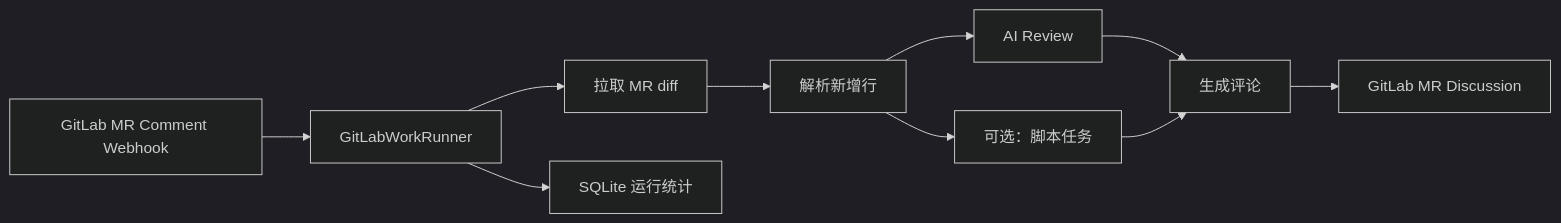
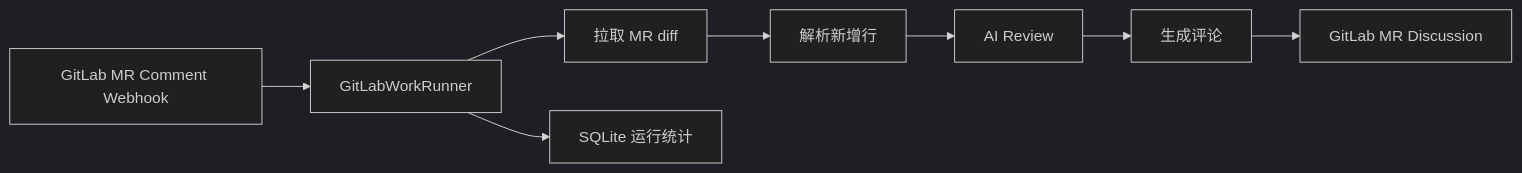
The first of 2 diagrams in README.md (SwartzMss/GitLabWorkRunner), drawn with Mermaid (dark theme) before and after one commit. The commit also changed other lines of this file and 5 other files, not shown here.

````diff
--- a/README.md
+++ b/README.md
@@ -11,12 +11,10 @@
 ```mermaid
 flowchart LR
     A["GitLab MR Comment Webhook"] --> B["GitLabWorkRunner"]
     B --> C["拉取 MR diff"]
     C --> D["解析新增行"]
     D --> F["AI Review"]
-    D --> E["可选：脚本任务"]
     F --> H["生成评论"]
-    E --> H
     H --> I["GitLab MR Discussion"]
     B --> J["SQLite 运行统计"]
 ```
````
